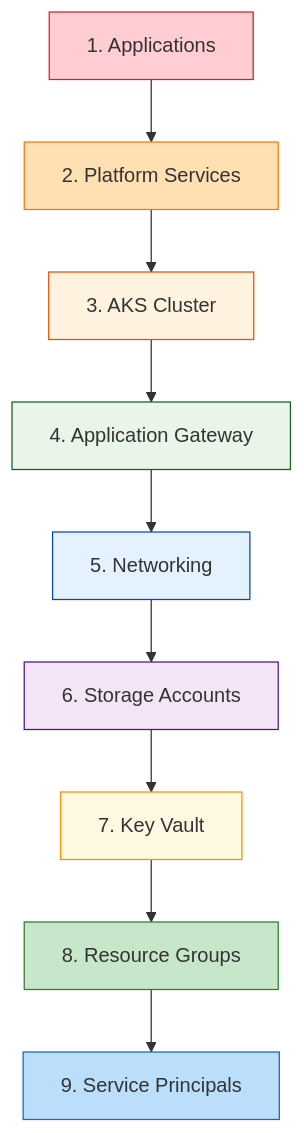
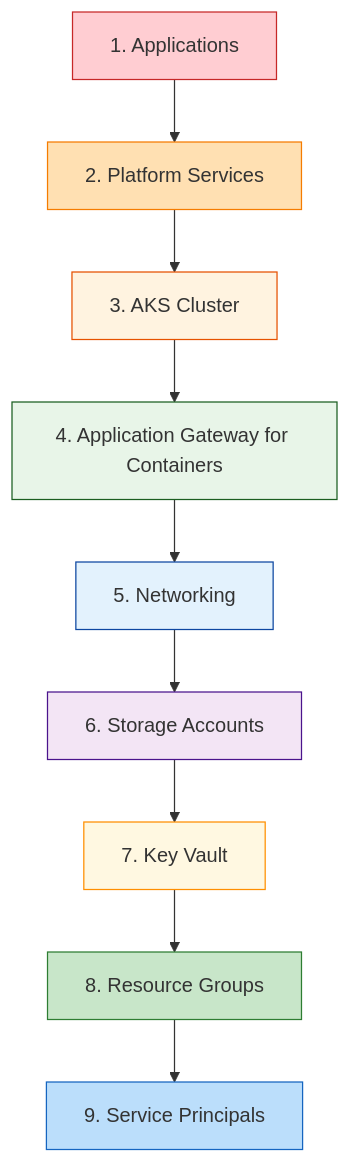
Before and after one commit to cmcconnell1/aks-platform: the diagram in docs/cleanup-guide.md, drawn with Mermaid. The commit also changed other lines of this file and 42 other files, not shown here.

Commit message:
feat: migrate from AGIC to Application Gateway for Containers (AGC) with Gateway API

````diff
--- a/docs/cleanup-guide.md
+++ b/docs/cleanup-guide.md
@@ -145,21 +145,21 @@
 ```mermaid
 graph TD
     Apps[1. Applications] --> Platform[2. Platform Services]
     Platform --> AKS[3. AKS Cluster]
-    AKS --> AppGW[4. Application Gateway]
-    AppGW --> Network[5. Networking]
+    AKS --> AGC[4. Application Gateway for Containers]
+    AGC --> Network[5. Networking]
     Network --> Storage[6. Storage Accounts]
     Storage --> KeyVault[7. Key Vault]
     KeyVault --> RG[8. Resource Groups]
     RG --> SP[9. Service Principals]
     
     style Apps fill:#ffcdd2,stroke:#c62828
     style Platform fill:#ffe0b2,stroke:#f57c00
     style AKS fill:#fff3e0,stroke:#e65100
-    style AppGW fill:#e8f5e8,stroke:#1b5e20
+    style AGC fill:#e8f5e8,stroke:#1b5e20
     style Network fill:#e3f2fd,stroke:#0d47a1
     style Storage fill:#f3e5f5,stroke:#4a148c
     style KeyVault fill:#fff8e1,stroke:#ff8f00
     style RG fill:#c8e6c9,stroke:#2e7d32
     style SP fill:#bbdefb,stroke:#1565c0
 ```
````
